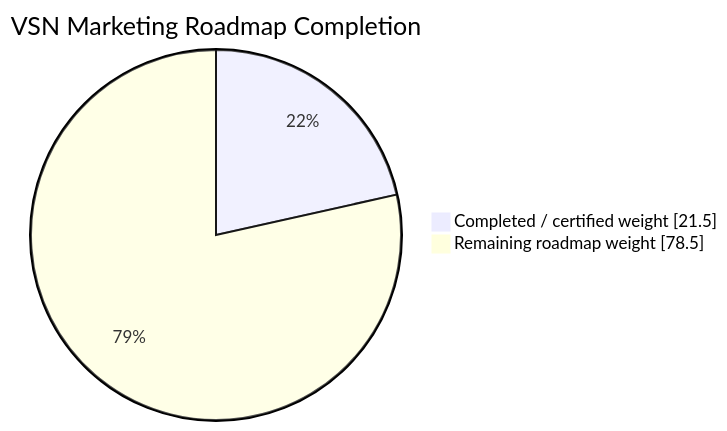
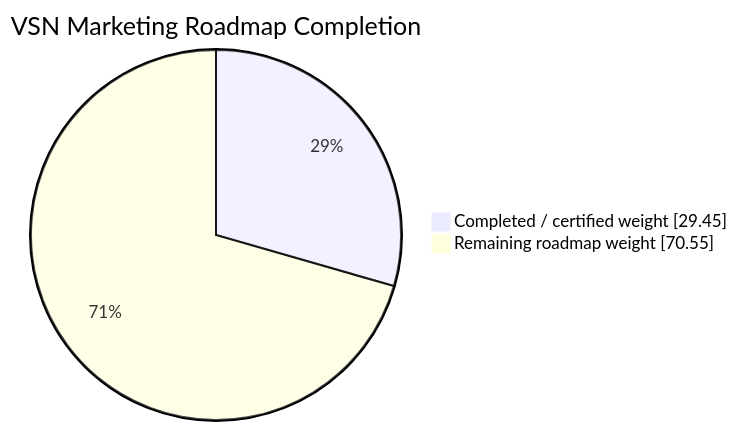
The diagram in README.md (Vertex-Systems-Network/vsn-marketing), drawn with Mermaid before and after one commit. The commit also changed other lines of this file, not shown here.

````diff
--- a/README.md
+++ b/README.md
@@ -22,6 +21,6 @@
 ```mermaid
 pie showData
     title VSN Marketing Roadmap Completion
-    "Completed / certified weight" : 21.5
-    "Remaining roadmap weight" : 78.5
+    "Completed / certified weight" : 29.45
+    "Remaining roadmap weight" : 70.55
 ```
````
